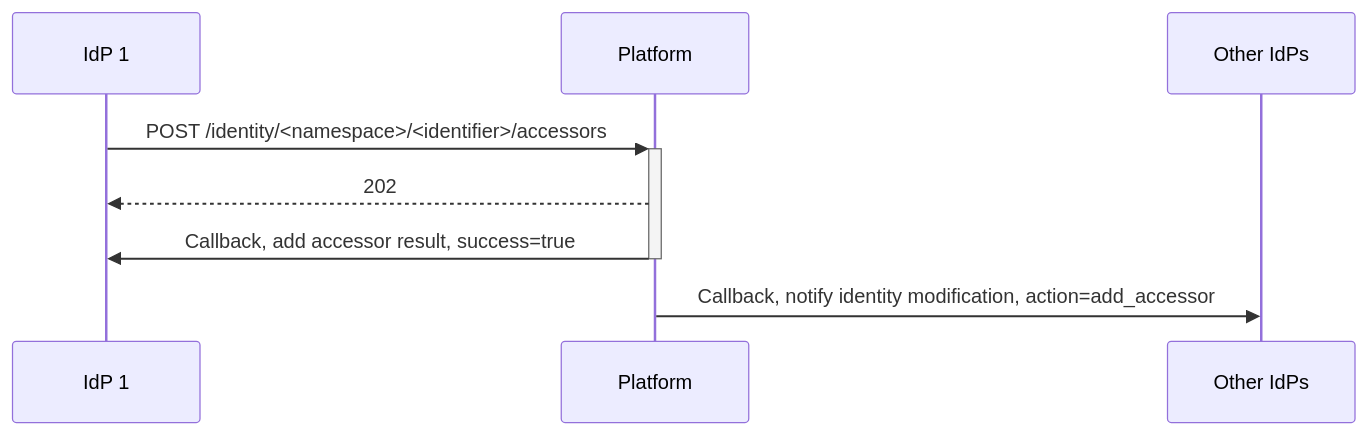
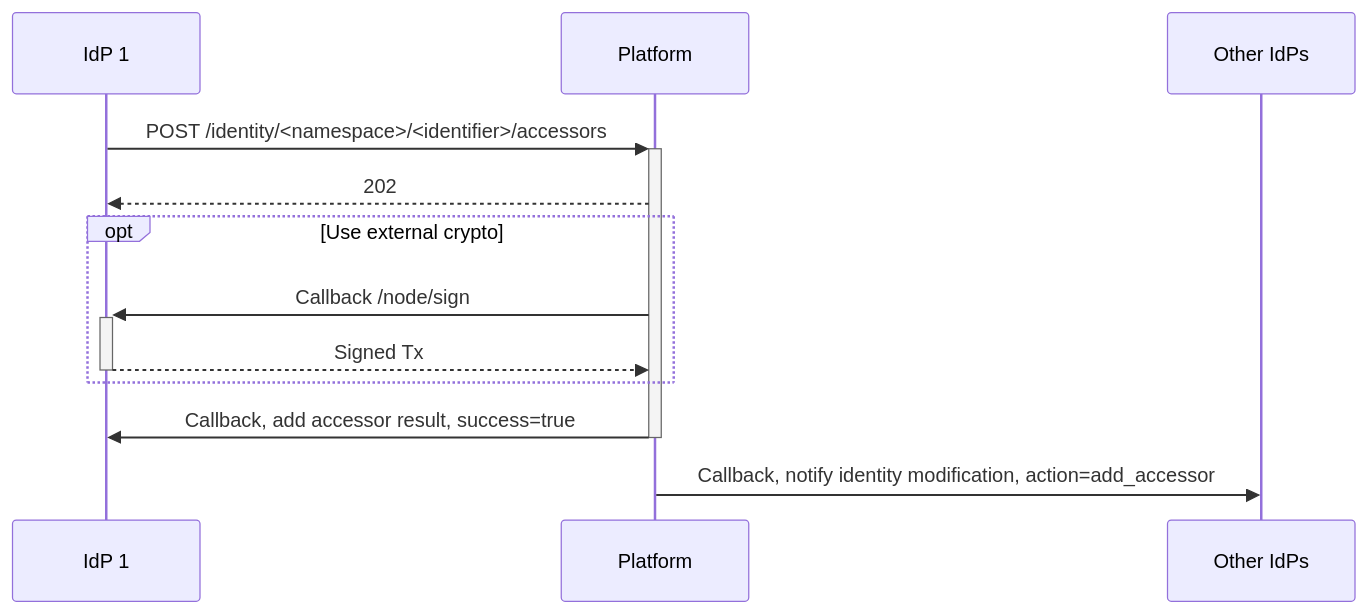
The first of 2 diagrams in flows/add-accessor.md (ndidplatform/ndidplatform.github.io), drawn with Mermaid before and after one commit. The commit also changed other lines of this file and 2 other files, not shown here.

Commit message:
Add opt flows to sequence diagrams

````diff
--- a/flows/add-accessor.md
+++ b/flows/add-accessor.md
@@ -9,10 +9,14 @@
 ```mermaid
 sequenceDiagram
     participant IdP 1
     participant Platform
     participant Other IdPs
     IdP 1->>+Platform: POST /identity/<namespace>/<identifier>/accessors
     Platform-->>IdP 1: 202
+    opt Use external crypto
+        Platform->>+IdP 1: Callback /node/sign
+        IdP 1-->>-Platform: Signed Tx
+    end
     Platform->>-IdP 1: Callback, add accessor result, success=true
     Platform->>Other IdPs: Callback, notify identity modification, action=add_accessor
 ```
````
